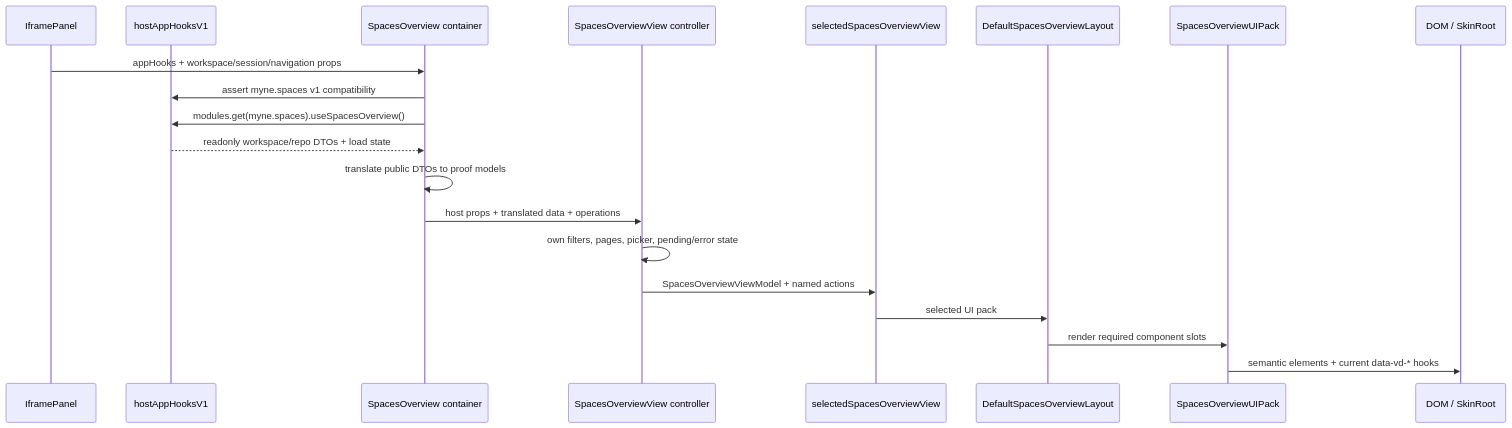
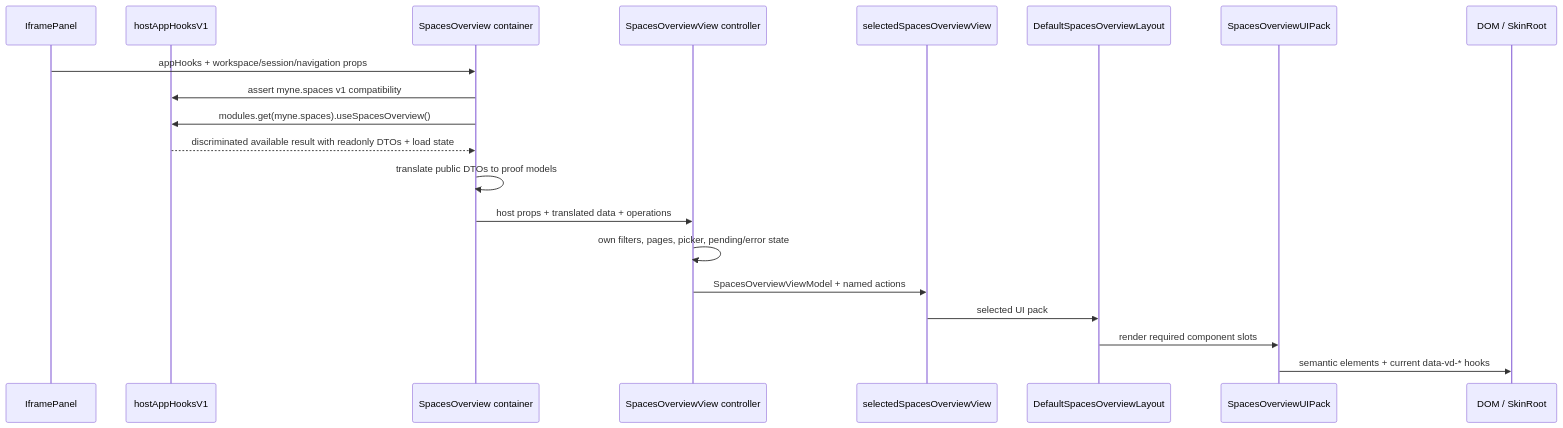
Before and after one commit to vibe-dashboard/vibe-dashboard: the third of 5 diagrams in docs/myne-architecture.md, drawn with Mermaid. The commit also changed other lines of this file and 6 other files, not shown here.

````diff
--- a/docs/myne-architecture.md
+++ b/docs/myne-architecture.md
@@ -136,23 +141,23 @@
 ```mermaid
 sequenceDiagram
   participant I as IframePanel
   participant A as hostAppHooksV1
   participant C as SpacesOverview container
   participant V as SpacesOverviewView controller
   participant S as selectedSpacesOverviewView
   participant L as DefaultSpacesOverviewLayout
   participant U as SpacesOverviewUIPack
   participant D as DOM / SkinRoot
 
   I->>C: appHooks + workspace/session/navigation props
   C->>A: assert myne.spaces v1 compatibility
   C->>A: modules.get(myne.spaces).useSpacesOverview()
-  A-->>C: readonly workspace/repo DTOs + load state
+  A-->>C: discriminated available result with readonly DTOs + load state
   C->>C: translate public DTOs to proof models
   C->>V: host props + translated data + operations
   V->>V: own filters, pages, picker, pending/error state
   V->>S: SpacesOverviewViewModel + named actions
   S->>L: selected UI pack
   L->>U: render required component slots
   U->>D: semantic elements + current data-vd-* hooks
 ```
````
